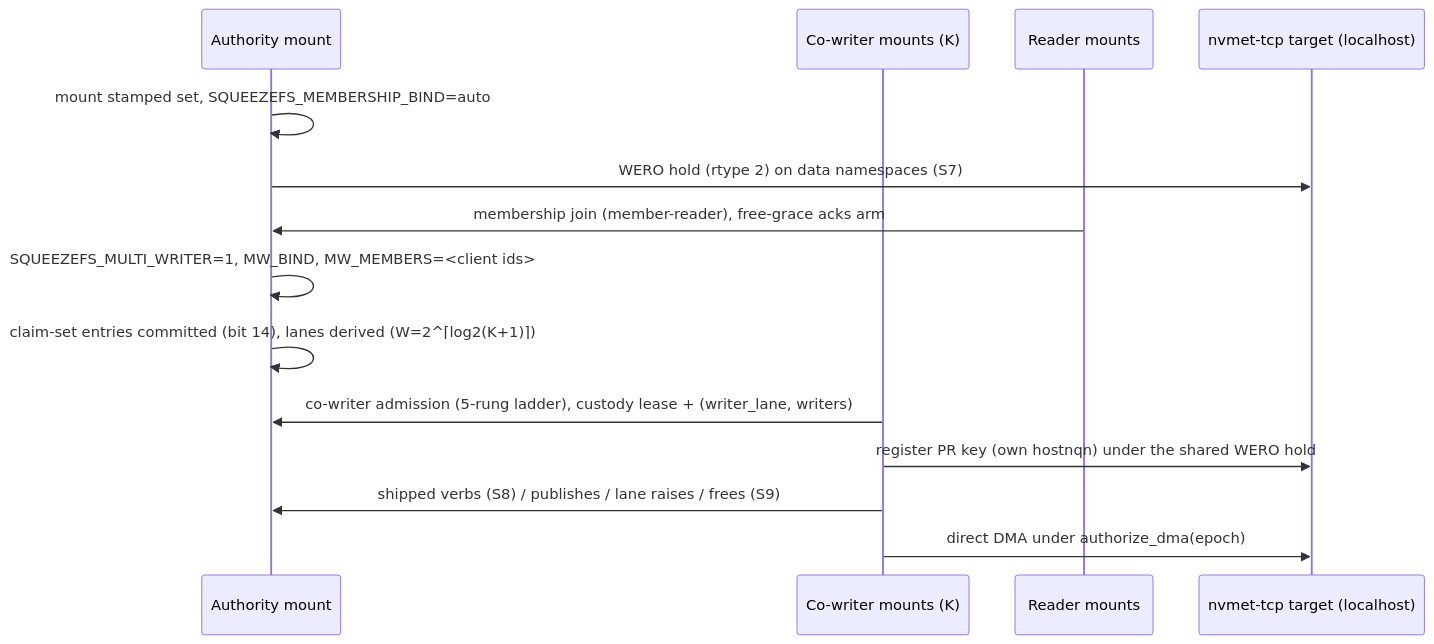
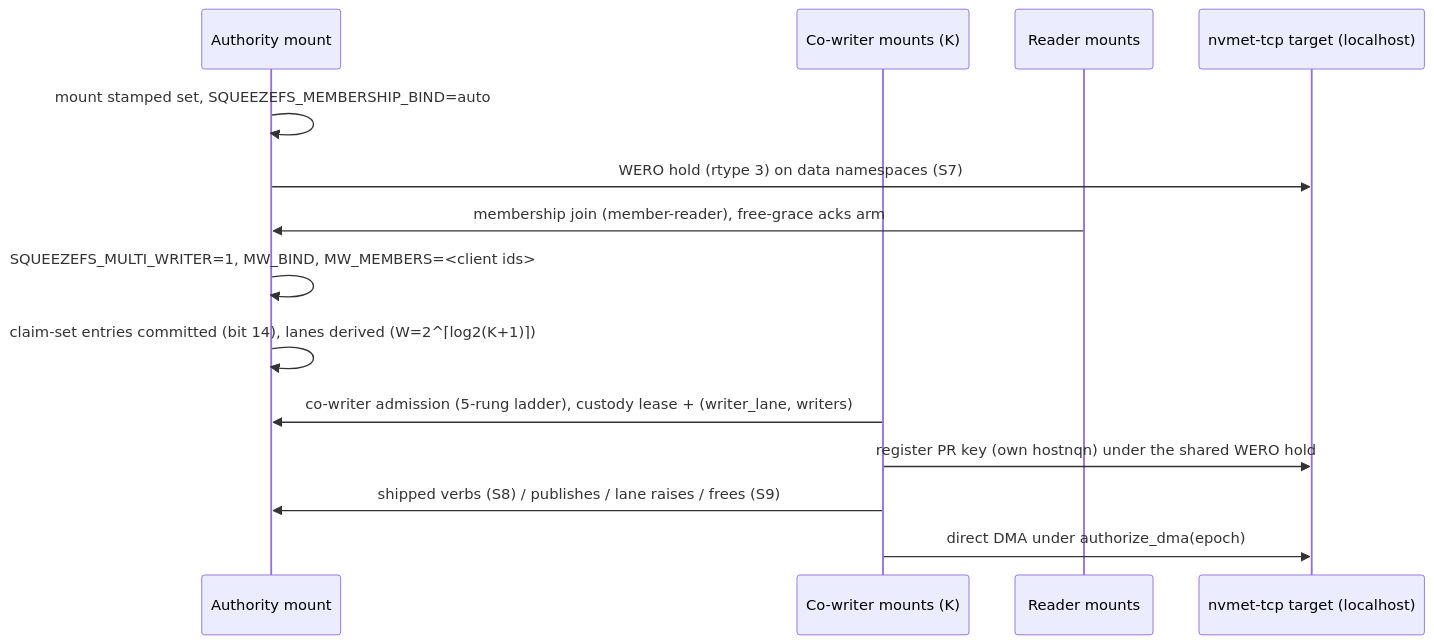
Before and after one commit to flipfloptech/squeezefs: the second of 2 diagrams in docs/design-full-multi-writer.md, drawn with Mermaid. The commit also changed 14 other files, not shown here.

````diff
--- a/docs/design-full-multi-writer.md
+++ b/docs/design-full-multi-writer.md
@@ -278,16 +278,16 @@
 ```mermaid
 sequenceDiagram
   participant A as Authority mount
   participant C as Co-writer mounts (K)
   participant R as Reader mounts
   participant T as nvmet-tcp target (localhost)
   A->>A: mount stamped set, SQUEEZEFS_MEMBERSHIP_BIND=auto
-  A->>T: WERO hold (rtype 2) on data namespaces (S7)
+  A->>T: WERO hold (rtype 3) on data namespaces (S7)
   R->>A: membership join (member-reader), free-grace acks arm
   A->>A: SQUEEZEFS_MULTI_WRITER=1, MW_BIND, MW_MEMBERS=<client ids>
   A->>A: claim-set entries committed (bit 14), lanes derived (W=2^⌈log2(K+1)⌉)
   C->>A: co-writer admission (5-rung ladder), custody lease + (writer_lane, writers)
   C->>T: register PR key (own hostnqn) under the shared WERO hold
   C->>A: shipped verbs (S8) / publishes / lane raises / frees (S9)
   C->>T: direct DMA under authorize_dma(epoch)
 ```
````
